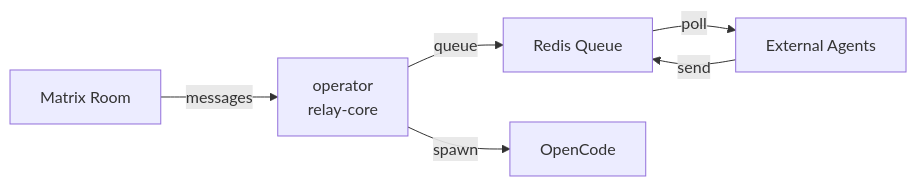
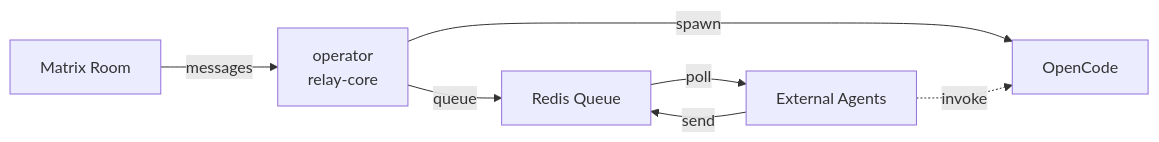
The diagram in README.md (AngeloR/operator), drawn with Mermaid before and after one commit.

Commit message:
docs: connect external agents to OpenCode in architecture diagram

````diff
--- a/README.md
+++ b/README.md
@@ -16,9 +16,10 @@
 ```mermaid
 flowchart LR
     A[Matrix Room] -->|messages| B[operator<br/>relay-core]
     B -->|queue| C[Redis Queue]
     B -->|spawn| D[OpenCode]
     
     C -->|poll| E[External Agents]
     E -->|send| C
+    E -.->|invoke| D
 ```
````
